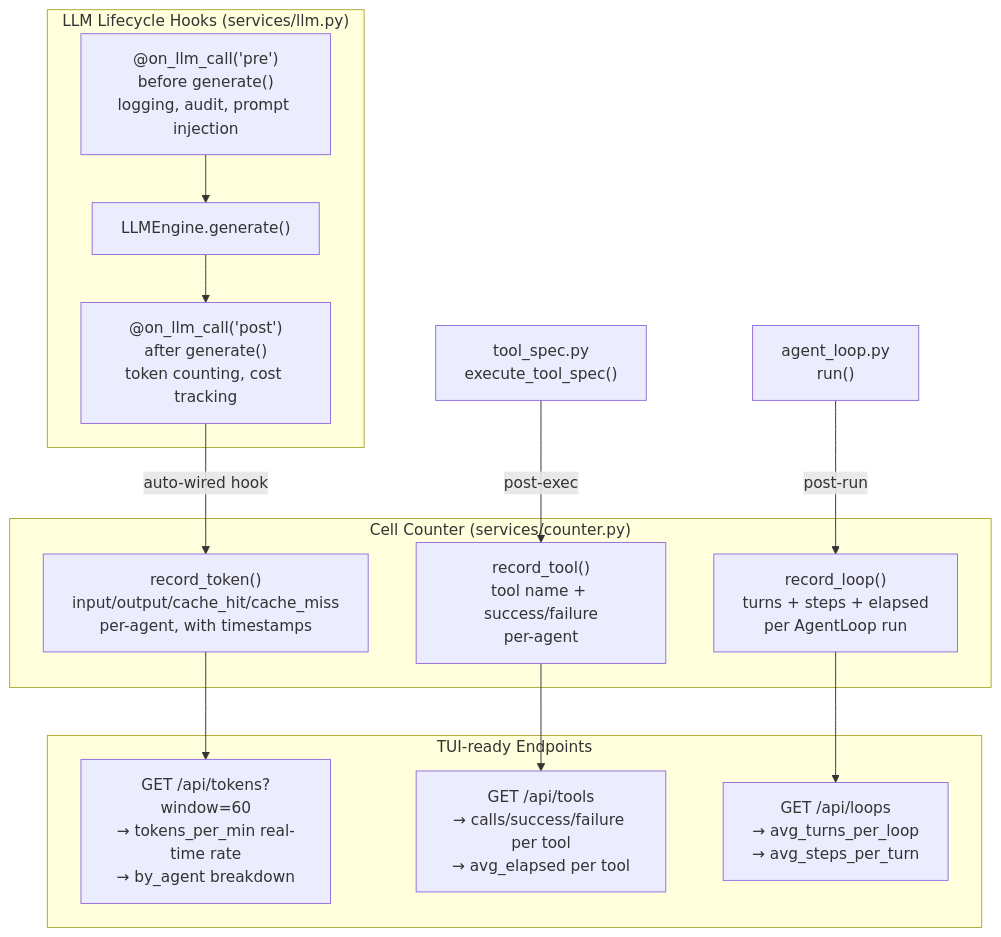
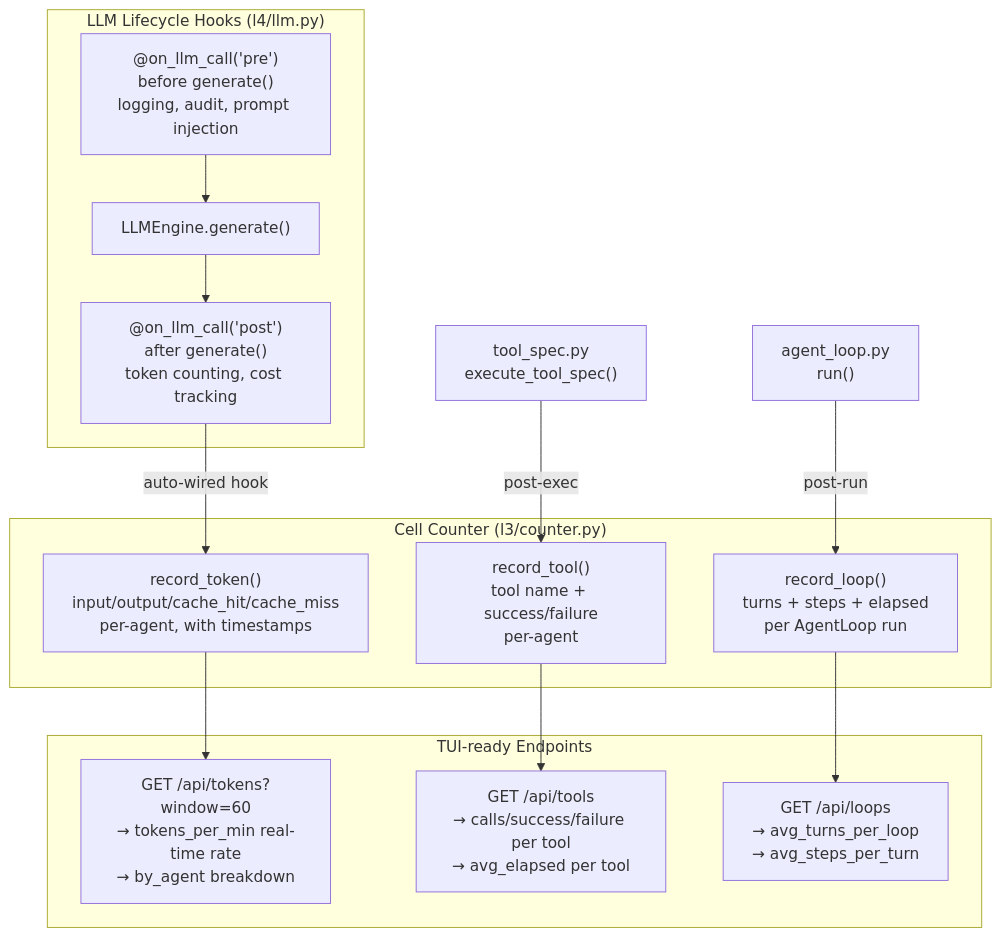
Diagram 21 of 27 in docs/design/praxis-architecture-actual.md (guilingzhouyi-creator/Praxis-Agent-OS), drawn with Mermaid before and after one commit. The commit also changed other lines of this file and 3 other files, not shown here.

First line of the commit message:
docs: update architecture doc to reflect 5-layer structure and add .gitignore patterns

````diff
--- a/docs/design/praxis-architecture-actual.md
+++ b/docs/design/praxis-architecture-actual.md
@@ -1202,28 +1322,28 @@
 ```mermaid
 flowchart TB
-    subgraph Hooks["LLM Lifecycle Hooks (services/llm.py)"]
+    subgraph Hooks["LLM Lifecycle Hooks (l4/llm.py)"]
         PRE["@on_llm_call('pre')\nbefore generate()\nlogging, audit, prompt injection"]
         POST["@on_llm_call('post')\nafter generate()\ntoken counting, cost tracking"]
         LLM["LLMEngine.generate()"]
         PRE --> LLM --> POST
     end
 
-    subgraph Counter["Cell Counter (services/counter.py)"]
+    subgraph Counter["Cell Counter (l3/counter.py)"]
         TOKENS["record_token()\ninput/output/cache_hit/cache_miss\nper-agent, with timestamps"]
         TOOLS["record_tool()\ntool name + success/failure\nper-agent"]
         LOOPS["record_loop()\nturns + steps + elapsed\nper AgentLoop run"]
     end
 
     subgraph API["TUI-ready Endpoints"]
         T1["GET /api/tokens?window=60\n→ tokens_per_min real-time rate\n→ by_agent breakdown"]
         T2["GET /api/tools\n→ calls/success/failure per tool\n→ avg_elapsed per tool"]
         T3["GET /api/loops\n→ avg_turns_per_loop\n→ avg_steps_per_turn"]
     end
 
     POST -->|"auto-wired hook"| TOKENS
     TOOL_EXEC["tool_spec.py\nexecute_tool_spec()"] -->|"post-exec"| TOOLS
     AGENT_LOOP["agent_loop.py\nrun()"] -->|"post-run"| LOOPS
     TOKENS --> T1
     TOOLS --> T2
     LOOPS --> T3
 ```
````
